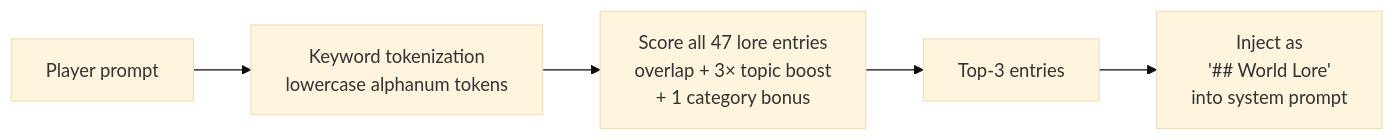
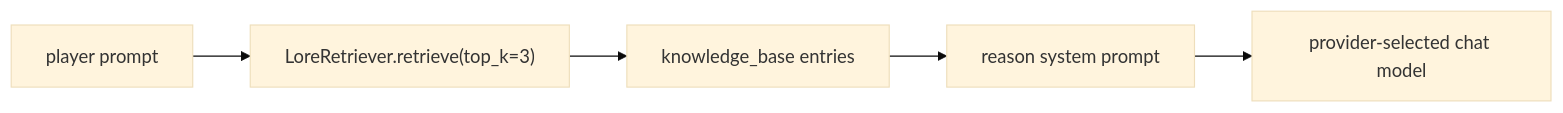
The sixth of 7 diagrams in server/ARCHITECTURE.md (Zaexv/world-of-prompcraft), drawn with Mermaid (base theme) before and after one commit. The commit also changed other lines of this file and 2 other files, not shown here.

Commit message:
docs(architecture): update client/server architecture docs

````diff
--- a/server/ARCHITECTURE.md
+++ b/server/ARCHITECTURE.md
@@ -190,10 +180,7 @@
 ```mermaid
 flowchart LR
-    prompt["Player prompt"]
-    tokenize["Keyword tokenization\nlowercase alphanum tokens"]
-    score["Score all 47 lore entries\noverlap + 3× topic boost\n+ 1 category bonus"]
-    top3["Top-3 entries"]
-    inject["Inject as\n'## World Lore'\ninto system prompt"]
-
-    prompt --> tokenize --> score --> top3 --> inject
+    P["player prompt"] --> R["LoreRetriever.retrieve(top_k=3)"]
+    R --> K["knowledge_base entries"]
+    K --> S["reason system prompt"]
+    S --> L["provider-selected chat model"]
 ```
````
